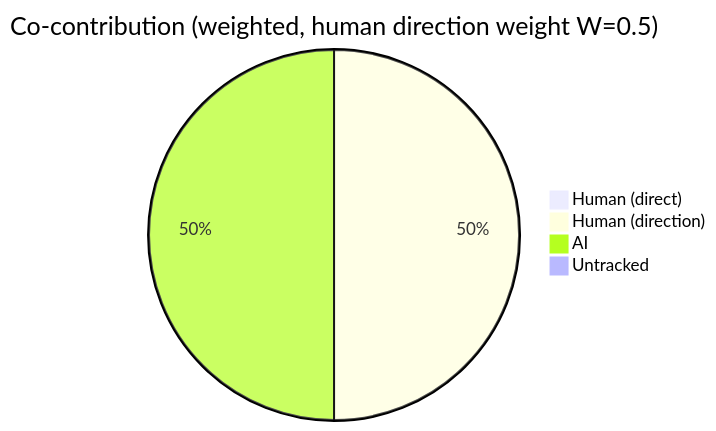
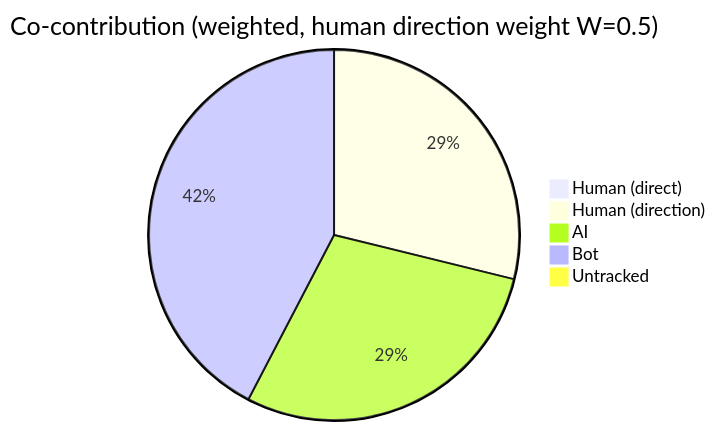
One commit to CaliMark/ai-authorship changed the first of 2 diagrams in AI-AUTHORSHIP.md. Above: the diagram before and after it, drawn with Mermaid. The commit also changed other lines of this file and 1 other file, not shown here.

````diff
--- a/AI-AUTHORSHIP.md
+++ b/AI-AUTHORSHIP.md
@@ -22,7 +22,8 @@
 ```mermaid
 pie title Co-contribution (weighted, human direction weight W=0.5)
     "Human (direct)" : 0
-    "Human (direction)" : 1049
-    "AI" : 1049
+    "Human (direction)" : 1156
+    "AI" : 1155
+    "Bot" : 1698
     "Untracked" : 0
 ```
````
